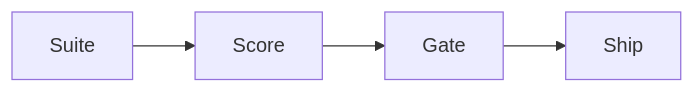
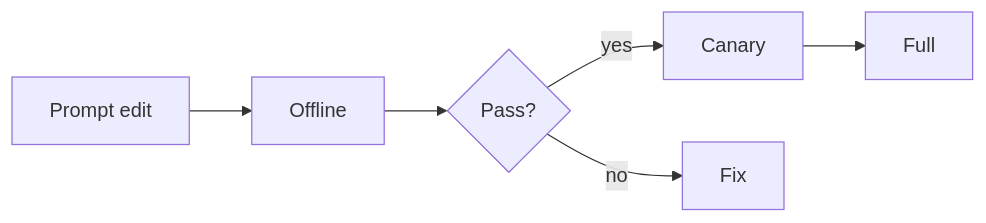
The diagram in domains/ai-evaluation/surface-areas/01-prompt-evaluation.md (abdulsamad183/ai-engineering-playbook), drawn with Mermaid before and after one commit. The commit also changed other lines of this file and 85 other files, not shown here.

````diff
--- a/domains/ai-evaluation/surface-areas/01-prompt-evaluation.md
+++ b/domains/ai-evaluation/surface-areas/01-prompt-evaluation.md
@@ -87,4 +44,6 @@
 ```mermaid
 flowchart LR
-  Suite --> Score --> Gate --> Ship
+  Edit[Prompt edit] --> Offline --> Gate{Pass?}
+  Gate -->|yes| Canary --> Full
+  Gate -->|no| Fix
 ```
````
